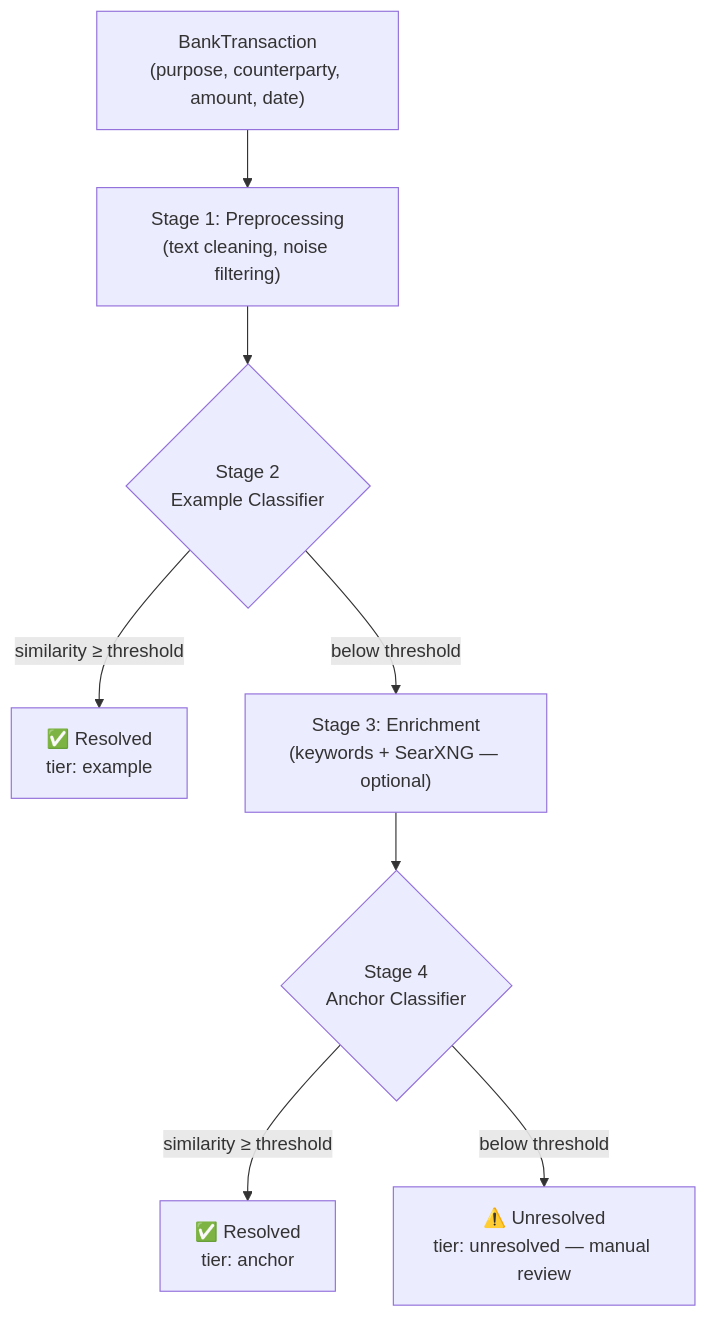
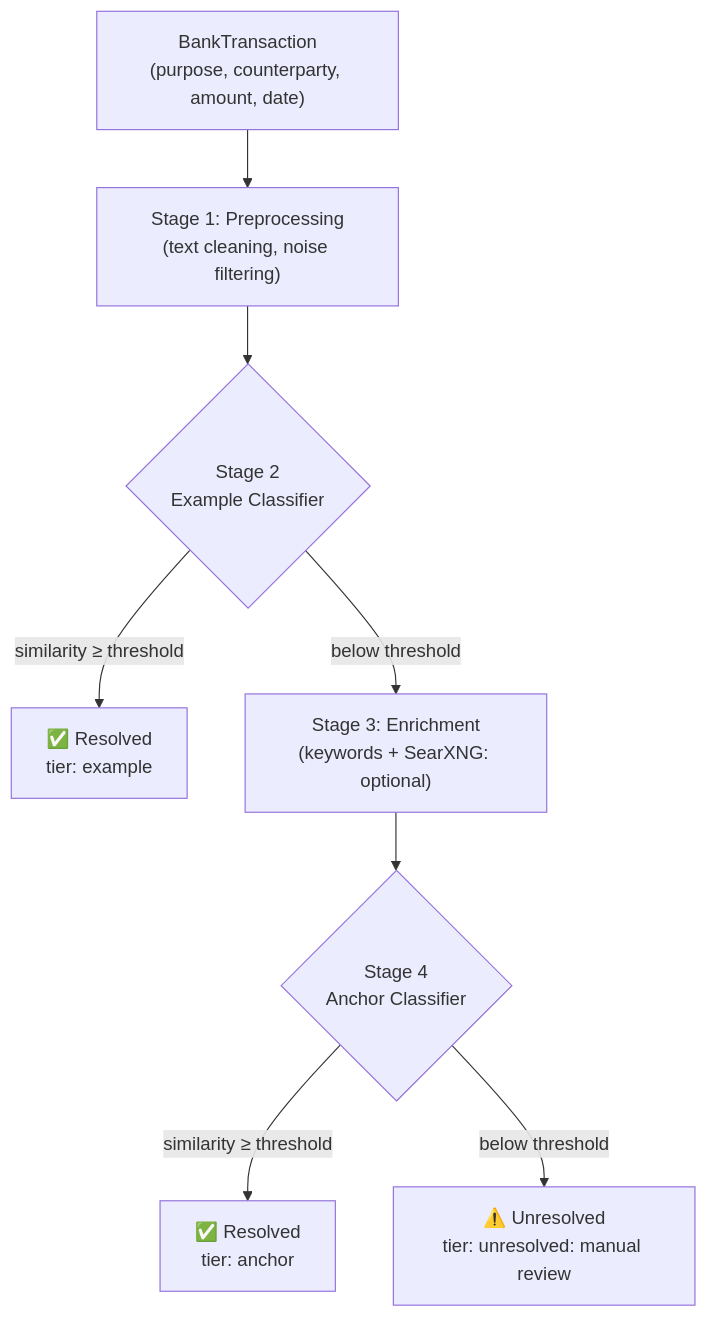
One commit to maltewinckler/swen changed the first of 2 diagrams in docs/ml/pipeline.md. Above: the diagram before and after it, drawn with Mermaid. The commit also changed other lines of this file and 22 other files, not shown here.

````diff
--- a/docs/ml/pipeline.md
+++ b/docs/ml/pipeline.md
@@ -7,17 +7,17 @@
 ```mermaid
 flowchart TD
     input["BankTransaction\n(purpose, counterparty, amount, date)"]
     input --> pre["Stage 1: Preprocessing\n(text cleaning, noise filtering)"]
     pre --> example
 
     example{"Stage 2\nExample Classifier"}
     example -->|"similarity ≥ threshold"| result1["✅ Resolved\ntier: example"]
     example -->|"below threshold"| enrich
 
-    enrich["Stage 3: Enrichment\n(keywords + SearXNG — optional)"]
+    enrich["Stage 3: Enrichment\n(keywords + SearXNG: optional)"]
     enrich --> anchor
 
     anchor{"Stage 4\nAnchor Classifier"}
     anchor -->|"similarity ≥ threshold"| result2["✅ Resolved\ntier: anchor"]
-    anchor -->|"below threshold"| unresolved["⚠️ Unresolved\ntier: unresolved — manual review"]
+    anchor -->|"below threshold"| unresolved["⚠️ Unresolved\ntier: unresolved: manual review"]
 ```
````
